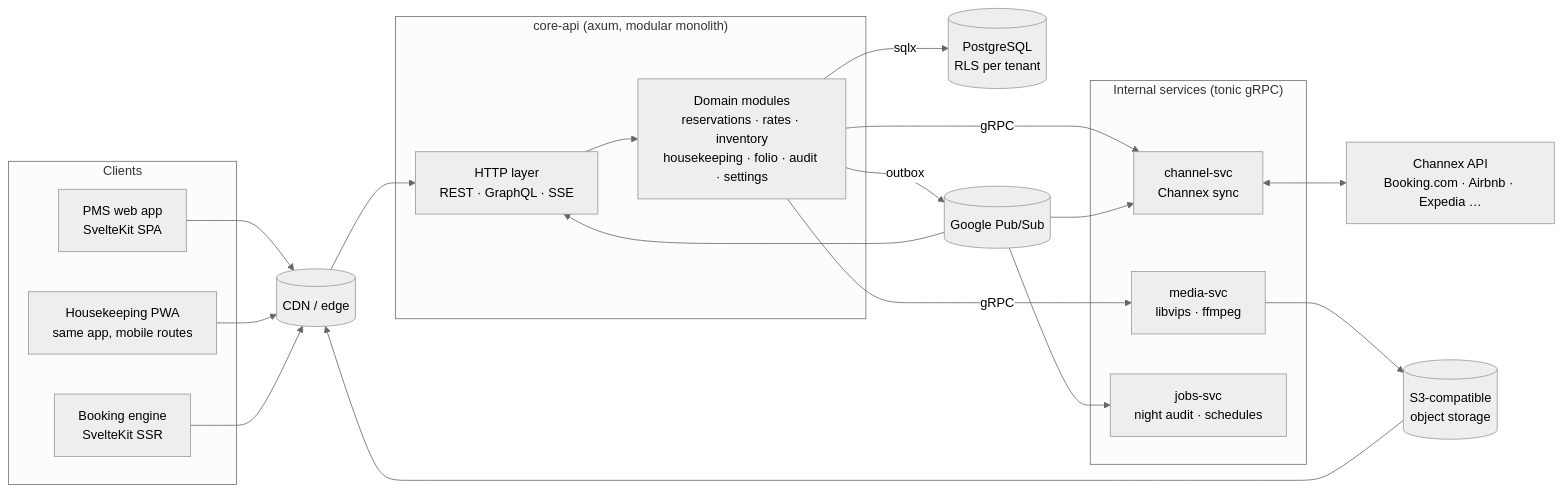
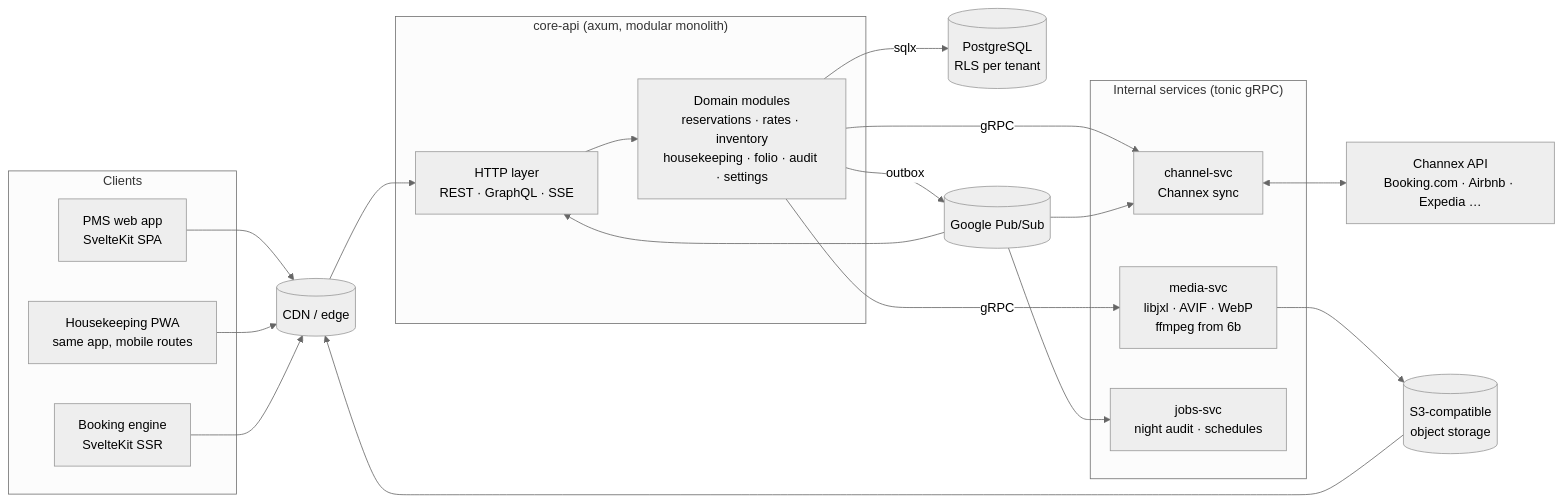
Before and after one commit to acekavi/GoodFolk: the first of 2 diagrams in docs/ARCHITECTURE.md, drawn with Mermaid (neutral theme). The commit also changed other lines of this file and 4 other files, not shown here.

````diff
--- a/docs/ARCHITECTURE.md
+++ b/docs/ARCHITECTURE.md
@@ -29,36 +29,36 @@
 ```mermaid
 flowchart LR
   subgraph Clients
     PMS[PMS web app<br/>SvelteKit SPA]
     HK[Housekeeping PWA<br/>same app, mobile routes]
     IBE[Booking engine<br/>SvelteKit SSR]
   end
 
   CDN[(CDN / edge)]
   PMS & HK --> CDN
   IBE --> CDN
 
   CDN --> GW
 
   subgraph Core["core-api (axum, modular monolith)"]
     GW[HTTP layer<br/>REST · GraphQL · SSE]
     DOM[Domain modules<br/>reservations · rates · inventory<br/>housekeeping · folio · audit · settings]
     GW --> DOM
   end
 
   DOM -->|sqlx| PG[(PostgreSQL<br/>RLS per tenant)]
   DOM -->|outbox| BUS[(Google Pub/Sub)]
   DOM -->|gRPC| MEDIA
   DOM -->|gRPC| CHAN
 
   subgraph Services["Internal services (tonic gRPC)"]
-    MEDIA[media-svc<br/>libvips · ffmpeg]
+    MEDIA[media-svc<br/>libjxl · AVIF · WebP<br/>ffmpeg from 6b]
     CHAN[channel-svc<br/>Channex sync]
     JOBS[jobs-svc<br/>night audit · schedules]
   end
 
   BUS --> CHAN & JOBS & GW
   MEDIA --> OBJ[(S3-compatible<br/>object storage)]
   OBJ --> CDN
   CHAN <--> CHX[Channex API<br/>Booking.com · Airbnb · Expedia …]
 ```
````
